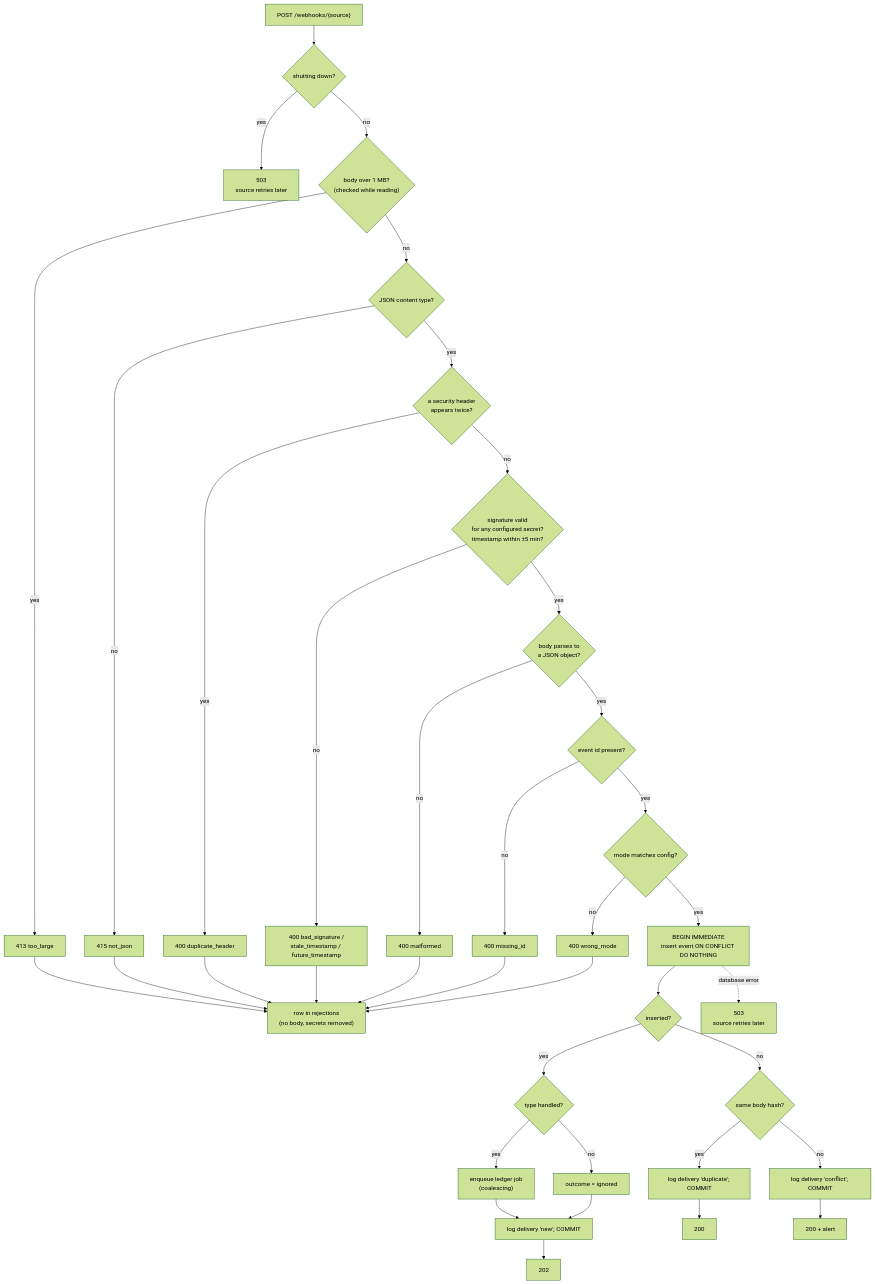
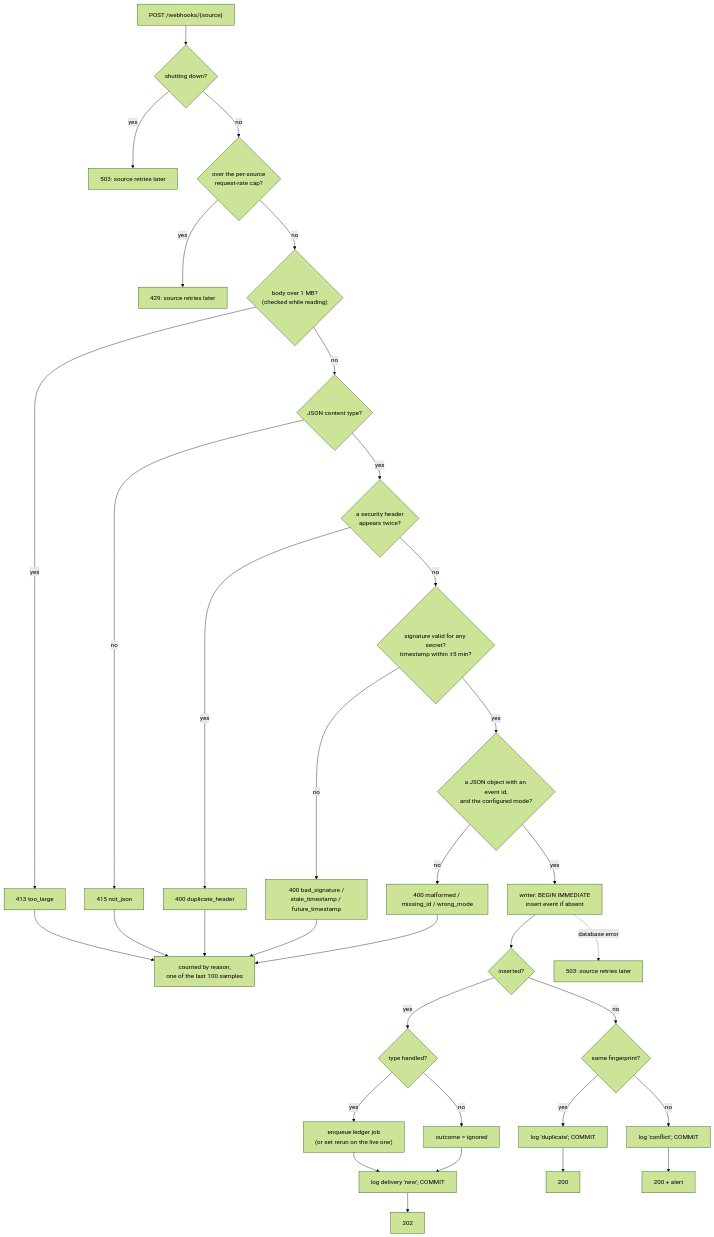
One commit to lalitkarthik/webhook-sync changed the diagram in docs/design/receiver.md. Above: the diagram before and after it, drawn with Mermaid (forest theme). The commit also changed other lines of this file and 23 other files, not shown here.

````diff
--- a/docs/design/receiver.md
+++ b/docs/design/receiver.md
@@ -13,29 +13,27 @@
 ```mermaid
 flowchart TD
   IN["POST /webhooks/{source}"] --> SD{"shutting down?"}
-  SD -- yes --> R503a["503<br/>source retries later"]
-  SD -- no --> SZ{"body over 1 MB?<br/>(checked while reading)"}
+  SD -- yes --> R503a["503: source retries later"]
+  SD -- no --> RC{"over the per-source<br/>request-rate cap?"}
+  RC -- yes --> R429["429: source retries later"]
+  RC -- no --> SZ{"body over 1 MB?<br/>(checked while reading)"}
   SZ -- yes --> R413["413 too_large"]
   SZ -- no --> CT{"JSON content type?"}
   CT -- no --> R415["415 not_json"]
   CT -- yes --> DH{"a security header<br/>appears twice?"}
   DH -- yes --> R400a["400 duplicate_header"]
-  DH -- no --> SIG{"signature valid<br/>for any configured secret?<br/>timestamp within ±5 min?"}
+  DH -- no --> SIG{"signature valid for any secret?<br/>timestamp within ±5 min?"}
   SIG -- no --> R400b["400 bad_signature /<br/>stale_timestamp / future_timestamp"]
-  SIG -- yes --> PJ{"body parses to<br/>a JSON object?"}
-  PJ -- no --> R400c["400 malformed"]
-  PJ -- yes --> ID{"event id present?"}
-  ID -- no --> R400d["400 missing_id"]
-  ID -- yes --> MD{"mode matches config?"}
-  MD -- no --> R400e["400 wrong_mode"]
-  MD -- yes --> TX["BEGIN IMMEDIATE<br/>insert event ON CONFLICT DO NOTHING"]
+  SIG -- yes --> PJ{"a JSON object with an event id,<br/>and the configured mode?"}
+  PJ -- no --> R400c["400 malformed / missing_id / wrong_mode"]
+  PJ -- yes --> TX["writer: BEGIN IMMEDIATE<br/>insert event if absent"]
   TX --> NEW{"inserted?"}
   NEW -- yes --> TY{"type handled?"}
-  TY -- yes --> EQ["enqueue ledger job<br/>(coalescing)"] --> C1["log delivery 'new'; COMMIT"] --> R202["202"]
+  TY -- yes --> EQ["enqueue ledger job<br/>(or set rerun on the live one)"] --> C1["log delivery 'new'; COMMIT"] --> R202["202"]
   TY -- no --> IG["outcome = ignored"] --> C1
-  NEW -- no --> HS{"same body hash?"}
-  HS -- yes --> C2["log delivery 'duplicate'; COMMIT"] --> R200a["200"]
-  HS -- no --> C3["log delivery 'conflict'; COMMIT"] --> R200b["200 + alert"]
-  TX -. "database error" .-> R503b["503<br/>source retries later"]
-  R400a & R400b & R400c & R400d & R400e & R413 & R415 --> RJ["row in rejections<br/>(no body, secrets removed)"]
+  NEW -- no --> FP{"same fingerprint?"}
+  FP -- yes --> C2["log 'duplicate'; COMMIT"] --> R200a["200"]
+  FP -- no --> C3["log 'conflict'; COMMIT"] --> R200b["200 + alert"]
+  TX -. "database error" .-> R503b["503: source retries later"]
+  R400a & R400b & R400c & R413 & R415 --> RJ["counted by reason;<br/>one of the last 100 samples"]
 ```
````
